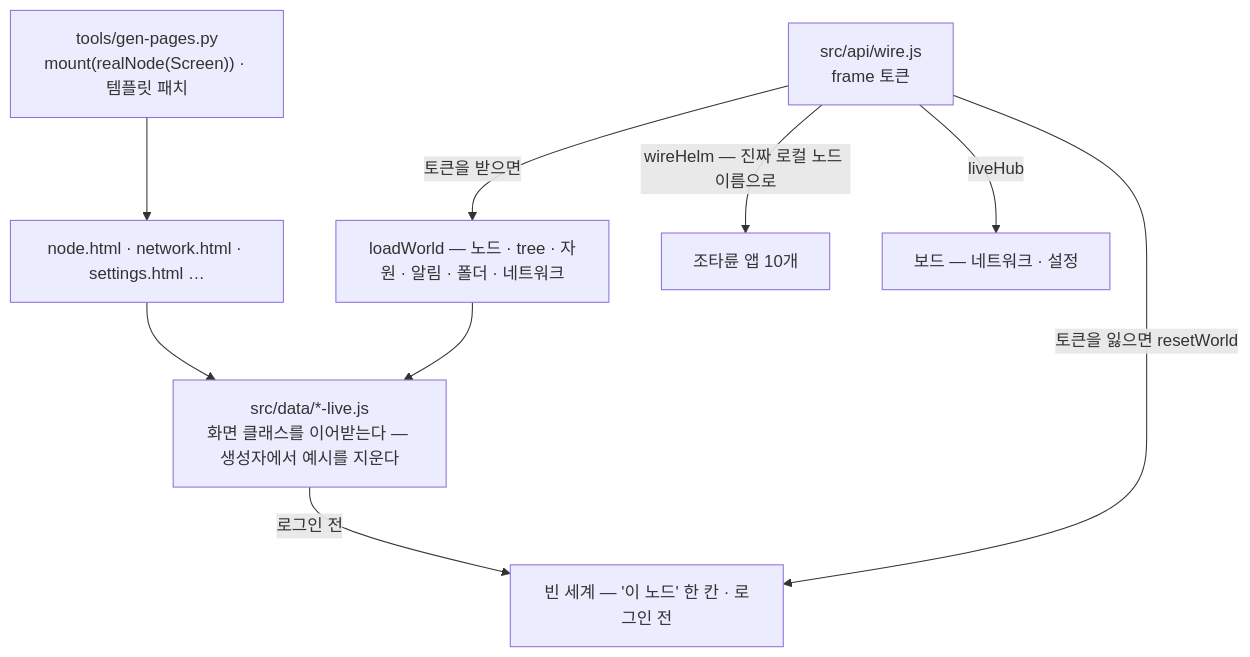
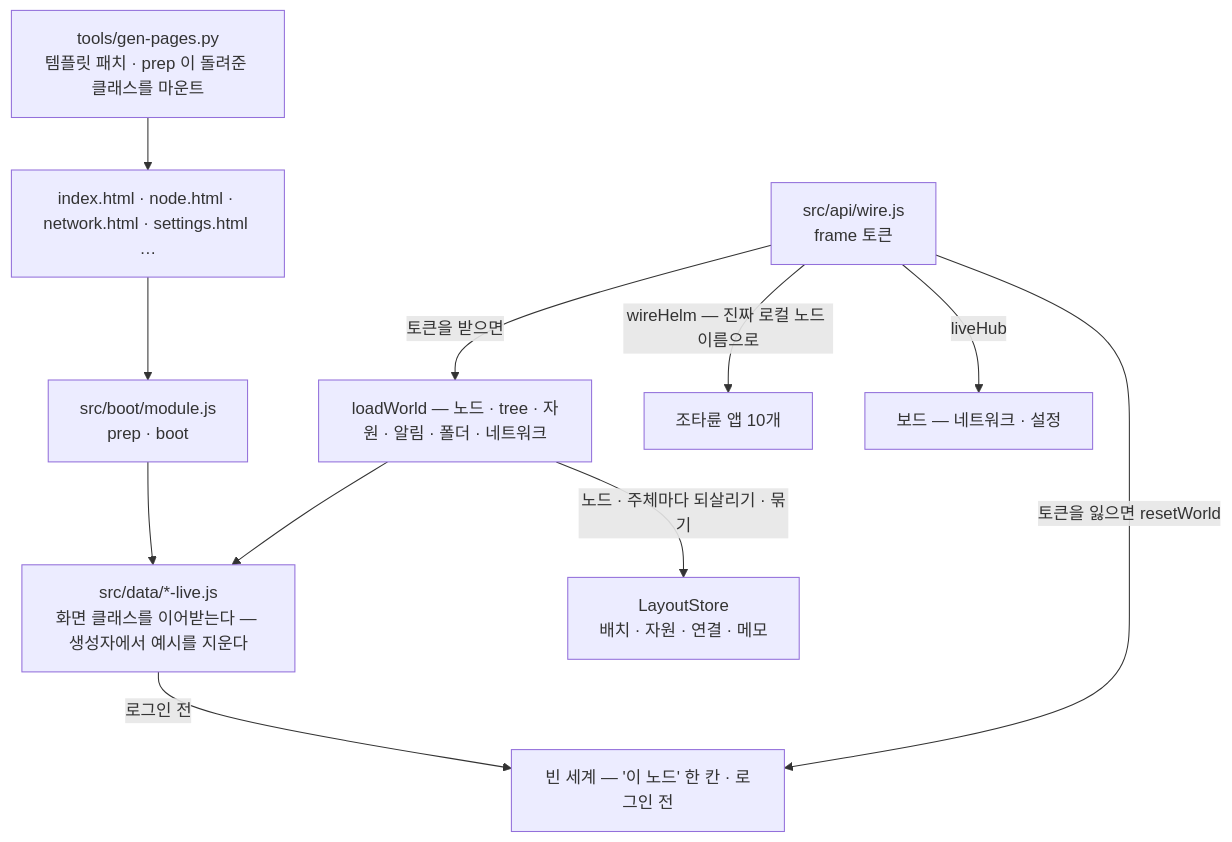
The first of 2 diagrams in common/lab.stellaxia.node-gui/web/docs/api/real-data-layer.md (StellaxiaLab/modules), drawn with Mermaid before and after one commit. The commit also changed other lines of this file and 14 other files, not shown here.

````diff
--- a/common/lab.stellaxia.node-gui/web/docs/api/real-data-layer.md
+++ b/common/lab.stellaxia.node-gui/web/docs/api/real-data-layer.md
@@ -44,11 +45,13 @@
 ```mermaid
 flowchart TB
-  GEN["tools/gen-pages.py<br/>mount(realNode(Screen)) · 템플릿 패치"] --> PAGE["node.html · network.html · settings.html …"]
-  PAGE --> REAL["src/data/*-live.js<br/>화면 클래스를 이어받는다 — 생성자에서 예시를 지운다"]
+  GEN["tools/gen-pages.py<br/>템플릿 패치 · prep 이 돌려준 클래스를 마운트"] --> PAGE["index.html · node.html · network.html · settings.html …"]
+  PAGE --> BOOT["src/boot/module.js<br/>prep · boot"]
+  BOOT --> REAL["src/data/*-live.js<br/>화면 클래스를 이어받는다 — 생성자에서 예시를 지운다"]
   REAL -->|"로그인 전"| EMPTY["빈 세계 — '이 노드' 한 칸 · 로그인 전"]
   WIRE["src/api/wire.js<br/>frame 토큰"] -->|"토큰을 받으면"| LOAD["loadWorld — 노드 · tree · 자원 · 알림 · 폴더 · 네트워크"]
   LOAD --> REAL
   WIRE -->|"wireHelm — 진짜 로컬 노드 이름으로"| HELM["조타륜 앱 10개"]
   WIRE -->|"liveHub"| BOARD["보드 — 네트워크 · 설정"]
   WIRE -->|"토큰을 잃으면 resetWorld"| EMPTY
+  LOAD -->|"노드 · 주체마다 되살리기 · 묶기"| LS["LayoutStore<br/>배치 · 자원 · 연결 · 메모"]
 ```
````
